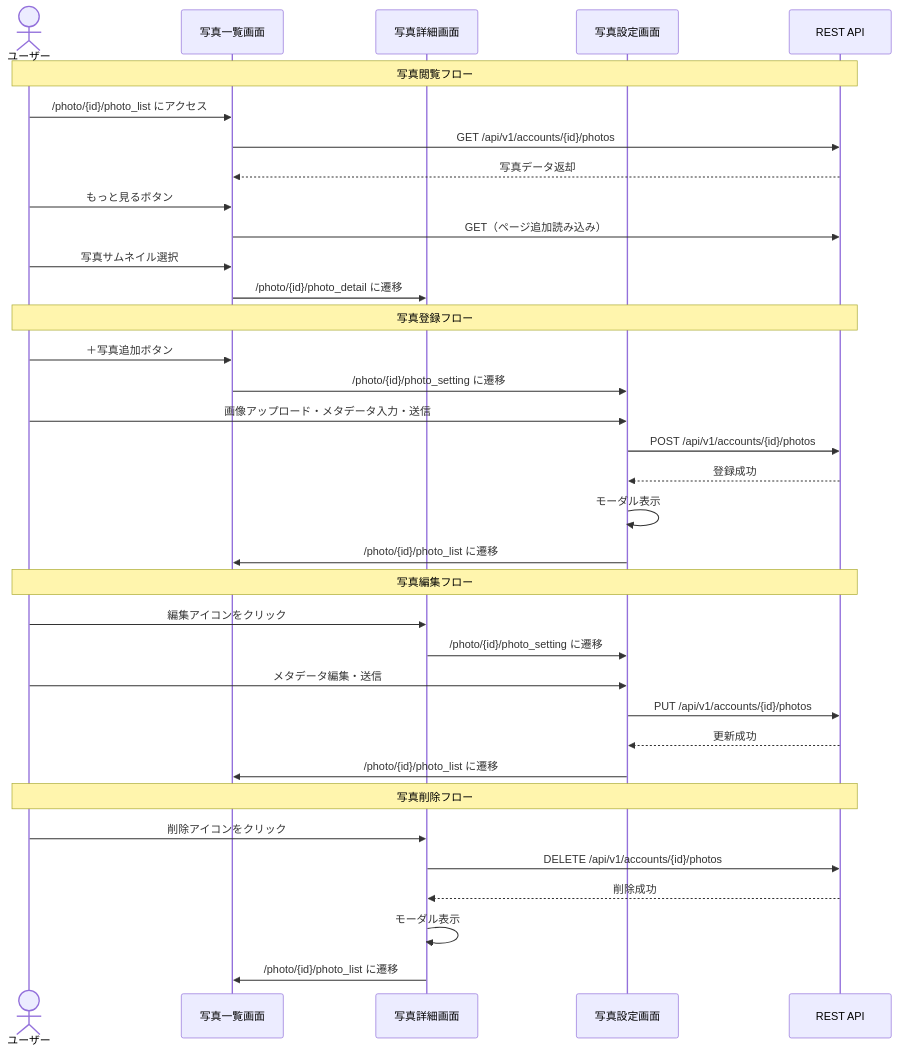
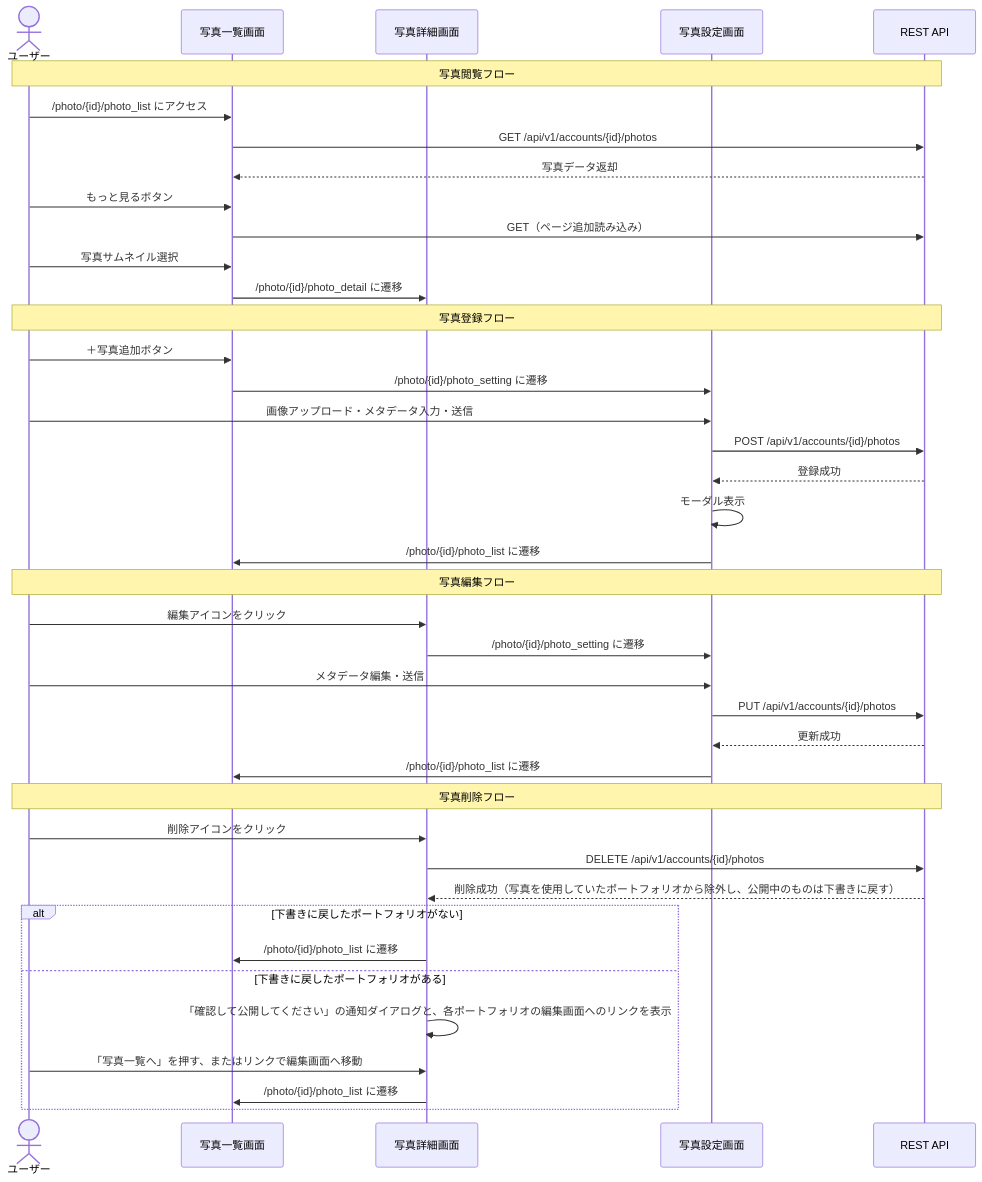
The fourth of 10 diagrams in doc/view/screen-transition.md (KentoKodama214/WebGallery), drawn with Mermaid before and after one commit. The commit also changed other lines of this file and 25 other files, not shown here.

````diff
--- a/doc/view/screen-transition.md
+++ b/doc/view/screen-transition.md
@@ -150,41 +158,46 @@
 ```mermaid
 sequenceDiagram
     actor User as ユーザー
     participant List as 写真一覧画面
     participant Detail as 写真詳細画面
     participant Setting as 写真設定画面
     participant API as REST API
 
     Note over User, API: 写真閲覧フロー
     User->>List: /photo/{id}/photo_list にアクセス
     List->>API: GET /api/v1/accounts/{id}/photos
     API-->>List: 写真データ返却
     User->>List: もっと見るボタン
     List->>API: GET（ページ追加読み込み）
     User->>List: 写真サムネイル選択
     List->>Detail: /photo/{id}/photo_detail に遷移
 
     Note over User, API: 写真登録フロー
     User->>List: ＋写真追加ボタン
     List->>Setting: /photo/{id}/photo_setting に遷移
     User->>Setting: 画像アップロード・メタデータ入力・送信
     Setting->>API: POST /api/v1/accounts/{id}/photos
     API-->>Setting: 登録成功
     Setting->>Setting: モーダル表示
     Setting->>List: /photo/{id}/photo_list に遷移
 
     Note over User, API: 写真編集フロー
     User->>Detail: 編集アイコンをクリック
     Detail->>Setting: /photo/{id}/photo_setting に遷移
     User->>Setting: メタデータ編集・送信
     Setting->>API: PUT /api/v1/accounts/{id}/photos
     API-->>Setting: 更新成功
     Setting->>List: /photo/{id}/photo_list に遷移
 
     Note over User, API: 写真削除フロー
     User->>Detail: 削除アイコンをクリック
     Detail->>API: DELETE /api/v1/accounts/{id}/photos
-    API-->>Detail: 削除成功
-    Detail->>Detail: モーダル表示
-    Detail->>List: /photo/{id}/photo_list に遷移
+    API-->>Detail: 削除成功（写真を使用していたポートフォリオから除外し、公開中のものは下書きに戻す）
+    alt 下書きに戻したポートフォリオがない
+        Detail->>List: /photo/{id}/photo_list に遷移
+    else 下書きに戻したポートフォリオがある
+        Detail->>Detail: 「確認して公開してください」の通知ダイアログと、各ポートフォリオの編集画面へのリンクを表示
+        User->>Detail: 「写真一覧へ」を押す、またはリンクで編集画面へ移動
+        Detail->>List: /photo/{id}/photo_list に遷移
+    end
 ```
````
